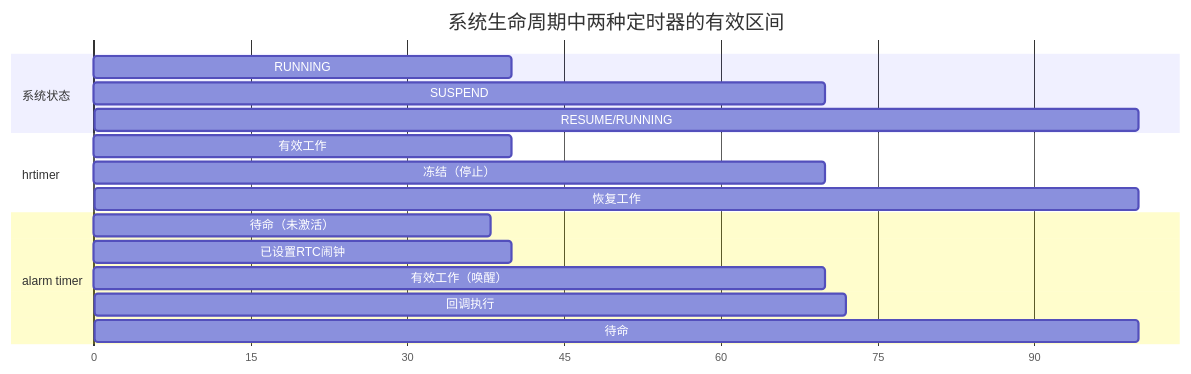
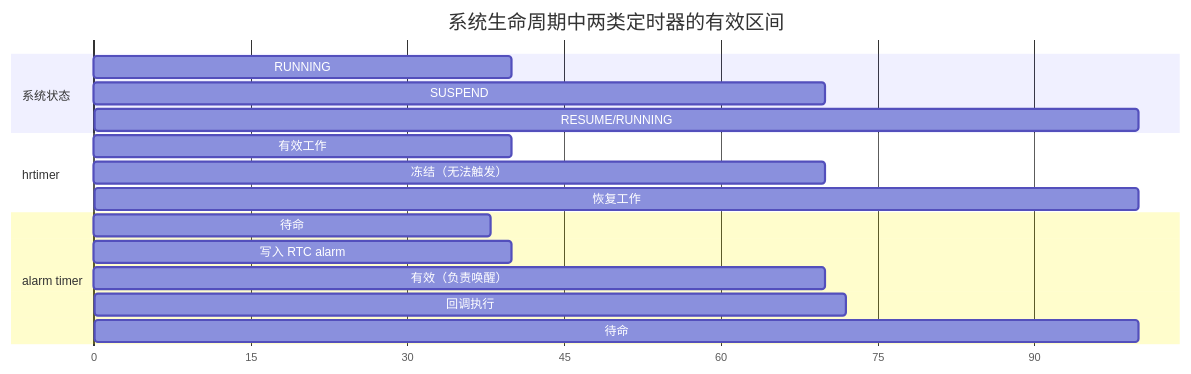
The diagram in docs/02-核心机制深度解析/第10章 中断与时间/10.5.6_alarm_timer与posix_timer.md (xiaohong0925/Embedded_Knowledge_System_V2026), drawn with Mermaid before and after one commit. The commit also changed other lines of this file and 65 other files, not shown here.

````diff
--- a/docs/02-核心机制深度解析/第10章 中断与时间/10.5.6_alarm_timer与posix_timer.md
+++ b/docs/02-核心机制深度解析/第10章 中断与时间/10.5.6_alarm_timer与posix_timer.md
@@ -161,23 +153,23 @@
 ```mermaid
 gantt
-    title 系统生命周期中两种定时器的有效区间
+    title 系统生命周期中两类定时器的有效区间
     dateFormat X
     axisFormat %s
-    
+
     section 系统状态
-    RUNNING       :a1, 0, 40
-    SUSPEND       :a2, 40, 70
+    RUNNING        :a1, 0, 40
+    SUSPEND        :a2, 40, 70
     RESUME/RUNNING :a3, 70, 100
-    
+
     section hrtimer
-    有效工作       :b1, 0, 40
-    冻结（停止）    :b2, 40, 70
-    恢复工作       :b3, 70, 100
-    
+    有效工作        :b1, 0, 40
+    冻结（无法触发） :b2, 40, 70
+    恢复工作        :b3, 70, 100
+
     section alarm timer
-    待命（未激活）  :c1, 0, 38
-    已设置RTC闹钟   :c2, 38, 40
-    有效工作（唤醒）:c3, 40, 70
-    回调执行       :c4, 70, 72
-    待命           :c5, 72, 100
+    待命            :c1, 0, 38
+    写入 RTC alarm  :c2, 38, 40
+    有效（负责唤醒） :c3, 40, 70
+    回调执行        :c4, 70, 72
+    待命            :c5, 72, 100
 ```
````
